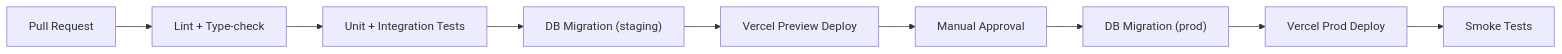
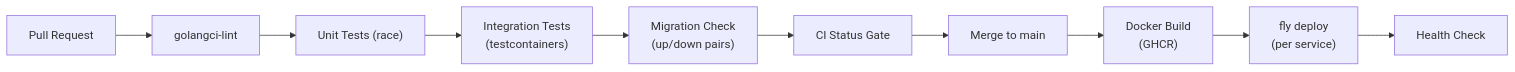
One commit to stalela/stalela-docs changed the fourth of 4 diagrams in docs/60-infra/free-stack.md. Above: the diagram before and after it, drawn with Mermaid. The commit also changed other lines of this file, not shown here.

First line of the commit message:
docs(infra): update free-stack architecture for Go-only platform

````diff
--- a/docs/60-infra/free-stack.md
+++ b/docs/60-infra/free-stack.md
@@ -278,11 +271,12 @@
 ```mermaid
 graph LR
-    PR["Pull Request"] --> LINT["Lint + Type-check"]
-    LINT --> TEST["Unit + Integration Tests"]
-    TEST --> MIGRATE["DB Migration (staging)"]
-    MIGRATE --> PREVIEW["Vercel Preview Deploy"]
-    PREVIEW --> APPROVE["Manual Approval"]
-    APPROVE --> PROD_MIG["DB Migration (prod)"]
-    PROD_MIG --> PROD["Vercel Prod Deploy"]
-    PROD --> SMOKE["Smoke Tests"]
+    PR["Pull Request"] --> LINT["golangci-lint"]
+    LINT --> TEST["Unit Tests (race)"]
+    TEST --> INTEG["Integration Tests<br/>(testcontainers)"]
+    INTEG --> MIG["Migration Check<br/>(up/down pairs)"]
+    MIG --> GATE["CI Status Gate"]
+    GATE --> MERGE["Merge to main"]
+    MERGE --> BUILD["Docker Build<br/>(GHCR)"]
+    BUILD --> DEPLOY["fly deploy<br/>(per service)"]
+    DEPLOY --> SMOKE["Health Check"]
 ```
````
